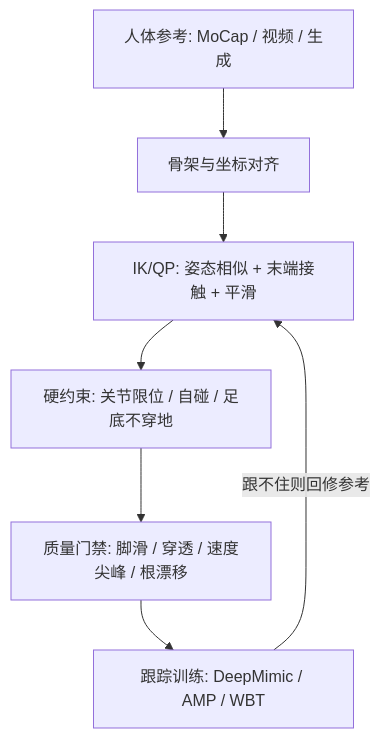
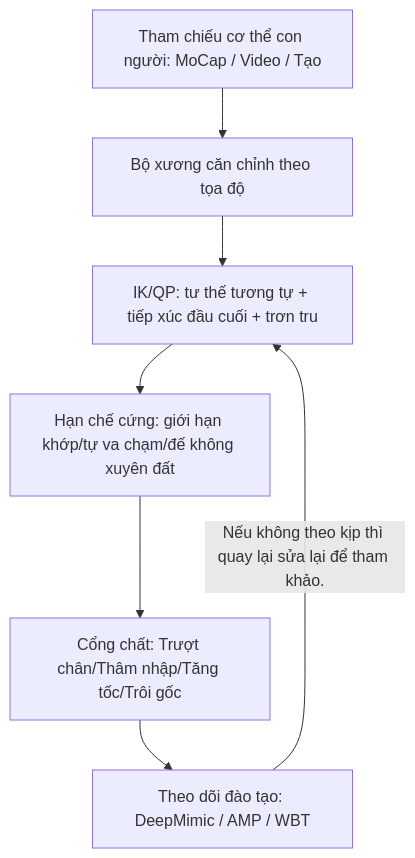
One commit to ledinhtuyen/Robotics_Notebooks changed diagram 22 of 33 in roadmap/motion-control.md. Above: the diagram before and after it, drawn with Mermaid. The commit also changed other lines of this file, not shown here.

Commit message:
docs(roadmap): 完成 motion-control 全文越南语翻译

````diff
--- a/roadmap/motion-control.md
+++ b/roadmap/motion-control.md
@@ -1405,9 +1420,9 @@
 ```mermaid
 flowchart TD
-  Src[人体参考: MoCap / 视频 / 生成] --> Align[骨架与坐标对齐]
-  Align --> Opt[IK/QP: 姿态相似 + 末端接触 + 平滑]
-  Opt --> Hard[硬约束: 关节限位 / 自碰 / 足底不穿地]
-  Hard --> QC[质量门禁: 脚滑 / 穿透 / 速度尖峰 / 根漂移]
-  QC --> Track[跟踪训练: DeepMimic / AMP / WBT]
-  Track -->|跟不住则回修参考| Opt
+  Src[Tham chiếu cơ thể con người: MoCap / Video / Tạo] --> Align[Bộ xương căn chỉnh theo tọa độ]
+  Align --> Opt[IK/QP: tư thế tương tự + tiếp xúc đầu cuối + trơn tru]
+  Opt --> Hard[Hạn chế cứng: giới hạn khớp/tự va chạm/đế không xuyên đất]
+  Hard --> QC[Cổng chất: Trượt chân/Thâm nhập/Tăng tốc/Trôi gốc]
+  QC --> Track[Theo dõi đào tạo: DeepMimic / AMP / WBT]
+  Track -->|Nếu không theo kịp thì quay lại sửa lại để tham khảo.| Opt
 ```
````
